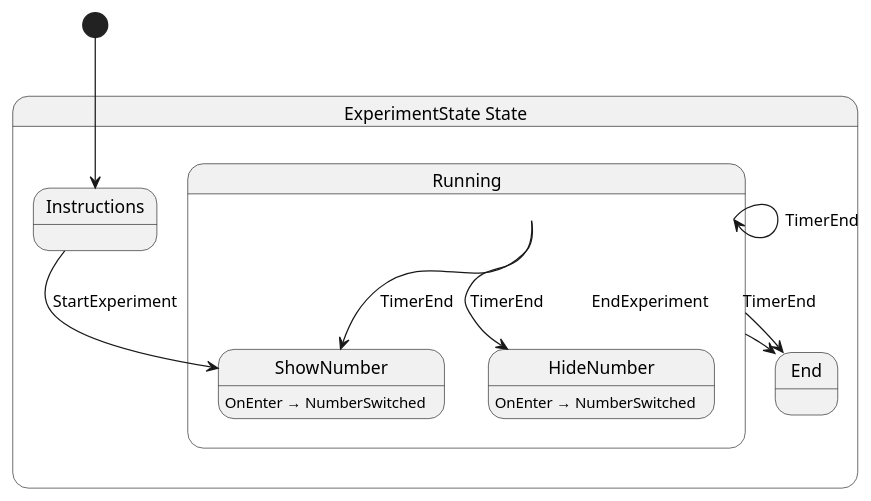
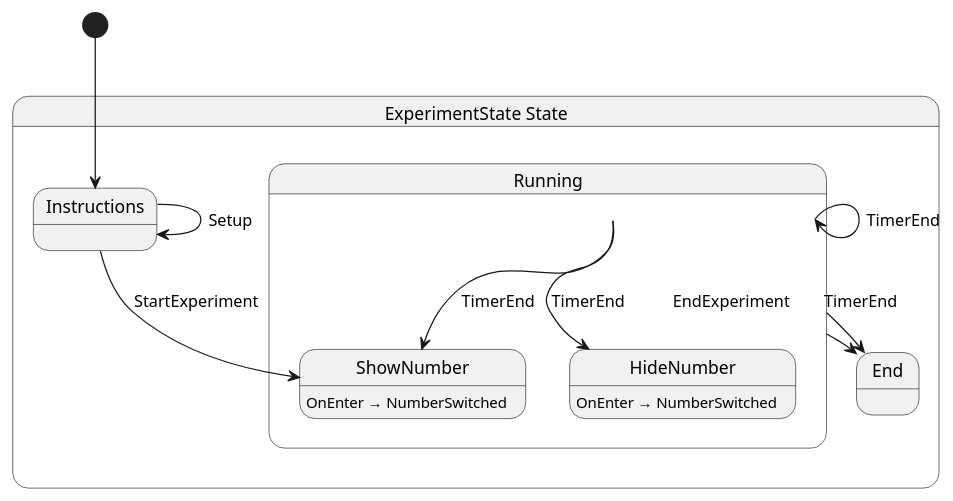
Before and after one commit to CFerndp/mastervr: the diagram in experiments/p300/scripts/states/ExperimentState.g.puml, drawn with PlantUML. The commit also changed 8 other files, not shown here.

```diff
--- a/experiments/p300/scripts/states/ExperimentState.g.puml
+++ b/experiments/p300/scripts/states/ExperimentState.g.puml
@@ -1,22 +1,23 @@
 @startuml ExperimentState
 state "ExperimentState State" as ExperimentState_State {
   state "Instructions" as ExperimentState_State_Instructions
   state "Running" as ExperimentState_State_Running {
     state "ShowNumber" as ExperimentState_State_Running_ShowNumber
     state "HideNumber" as ExperimentState_State_Running_HideNumber
   }
   state "End" as ExperimentState_State_End
 }
 
+ExperimentState_State_Instructions --> ExperimentState_State_Instructions : Setup
 ExperimentState_State_Instructions --> ExperimentState_State_Running_ShowNumber : StartExperiment
 ExperimentState_State_Running --> ExperimentState_State_End : EndExperiment
 ExperimentState_State_Running --> ExperimentState_State_End : TimerEnd
 ExperimentState_State_Running --> ExperimentState_State_Running : TimerEnd
 ExperimentState_State_Running --> ExperimentState_State_Running_HideNumber : TimerEnd
 ExperimentState_State_Running --> ExperimentState_State_Running_ShowNumber : TimerEnd
 
 ExperimentState_State_Running_HideNumber : OnEnter → NumberSwitched
 ExperimentState_State_Running_ShowNumber : OnEnter → NumberSwitched
 
 [*] --> ExperimentState_State_Instructions
 @enduml
```
